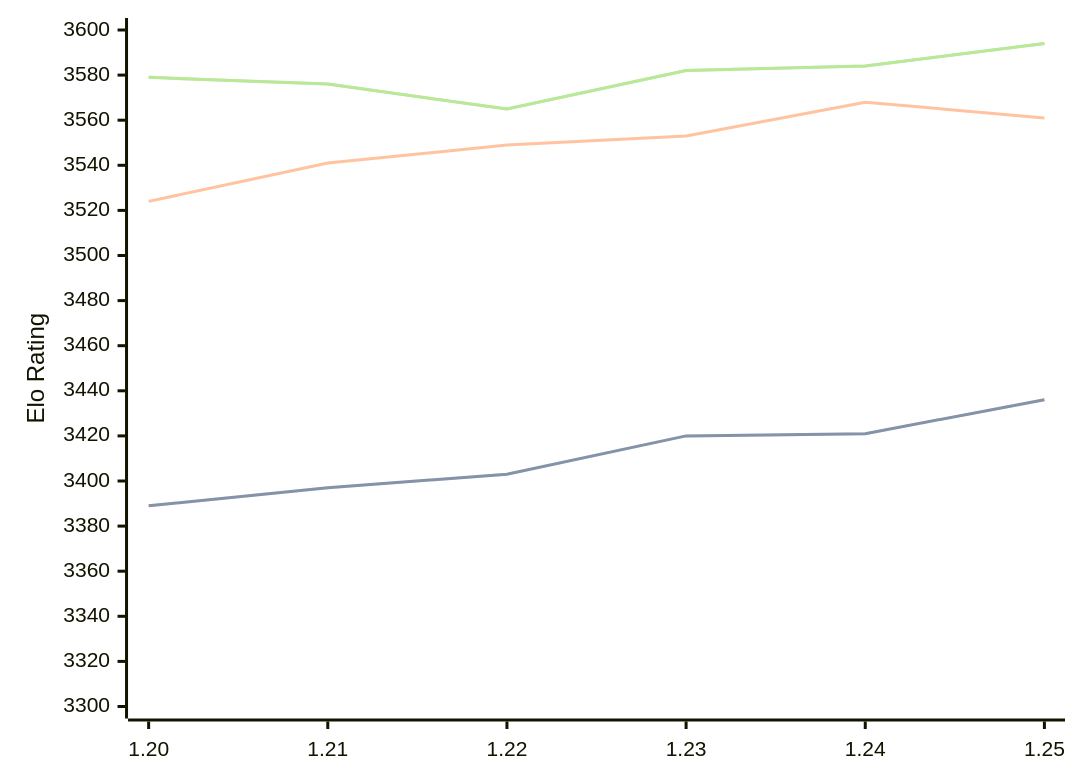
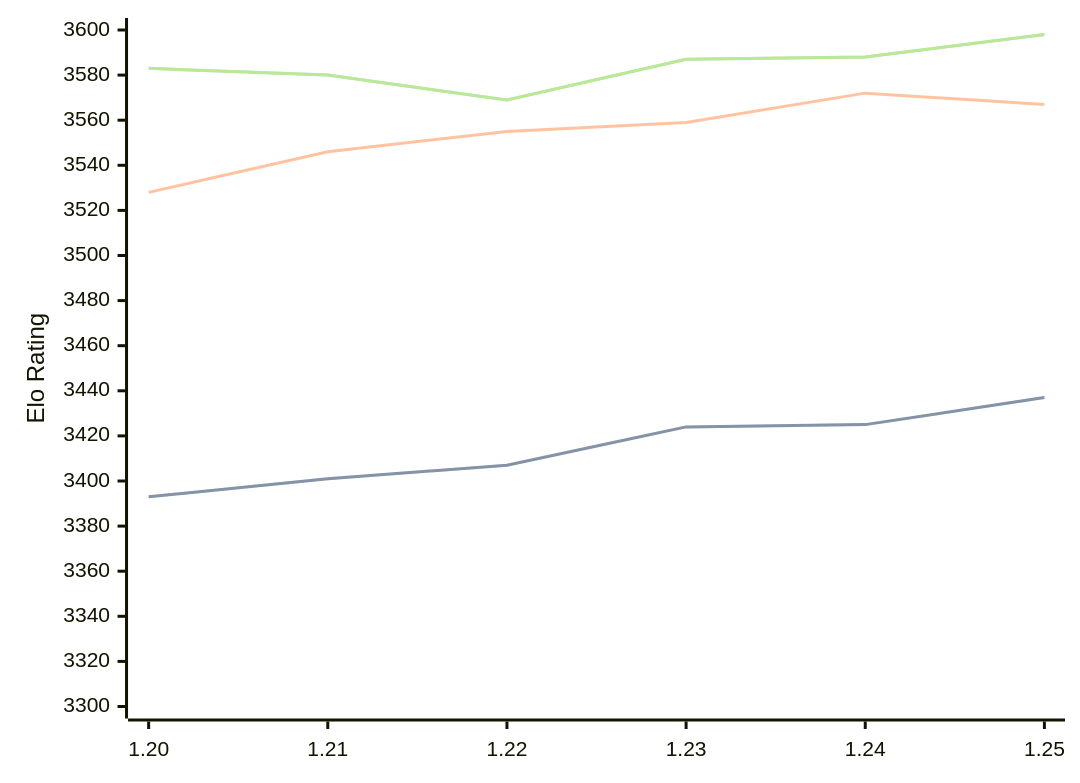
The diagram in engines/Caissa.md (computer-chess-index/cci), drawn with Mermaid before and after one commit. The commit also changed other lines of this file, not shown here.

Commit message:
Update CCI Ratings (ELO VLTC) - 2026-04-18

````diff
--- a/engines/Caissa.md
+++ b/engines/Caissa.md
@@ -65,11 +65,11 @@
 ```mermaid
 %%{init: {"theme":"base","themeVariables":{"seriesColors:['#a3a3a3','#222221','#faa371']}}}%%
 xychart-beta
   x-axis ["1.20", "1.21", "1.22", "1.23", "1.24", "1.25"]
   y-axis "Elo Rating" 3300 --> 3600
-  line "STC (8.0+0.08s)" [3389, 3397, 3403, 3420, 3421, 3436]
-  line "STC (8.0+0.08s)" [3389, 3397, 3403, 3420, 3421, 3436]
-  line "LTC (60.0+0.60s)" [3524, 3541, 3549, 3553, 3568, 3561]
-  line "VLTC (2m24s+1.12s)" [3579, 3576, 3565, 3582, 3584, 3594]
-  line "VLTC (2m24s+1.12s)" [3579, 3576, 3565, 3582, 3584, 3594]
+  line "STC (8.0+0.08s)" [3393, 3401, 3407, 3424, 3425, 3437]
+  line "STC (8.0+0.08s)" [3393, 3401, 3407, 3424, 3425, 3437]
+  line "LTC (60.0+0.60s)" [3528, 3546, 3555, 3559, 3572, 3567]
+  line "VLTC (2m24s+1.12s)" [3583, 3580, 3569, 3587, 3588, 3598]
+  line "VLTC (2m24s+1.12s)" [3583, 3580, 3569, 3587, 3588, 3598]
 ```
````
